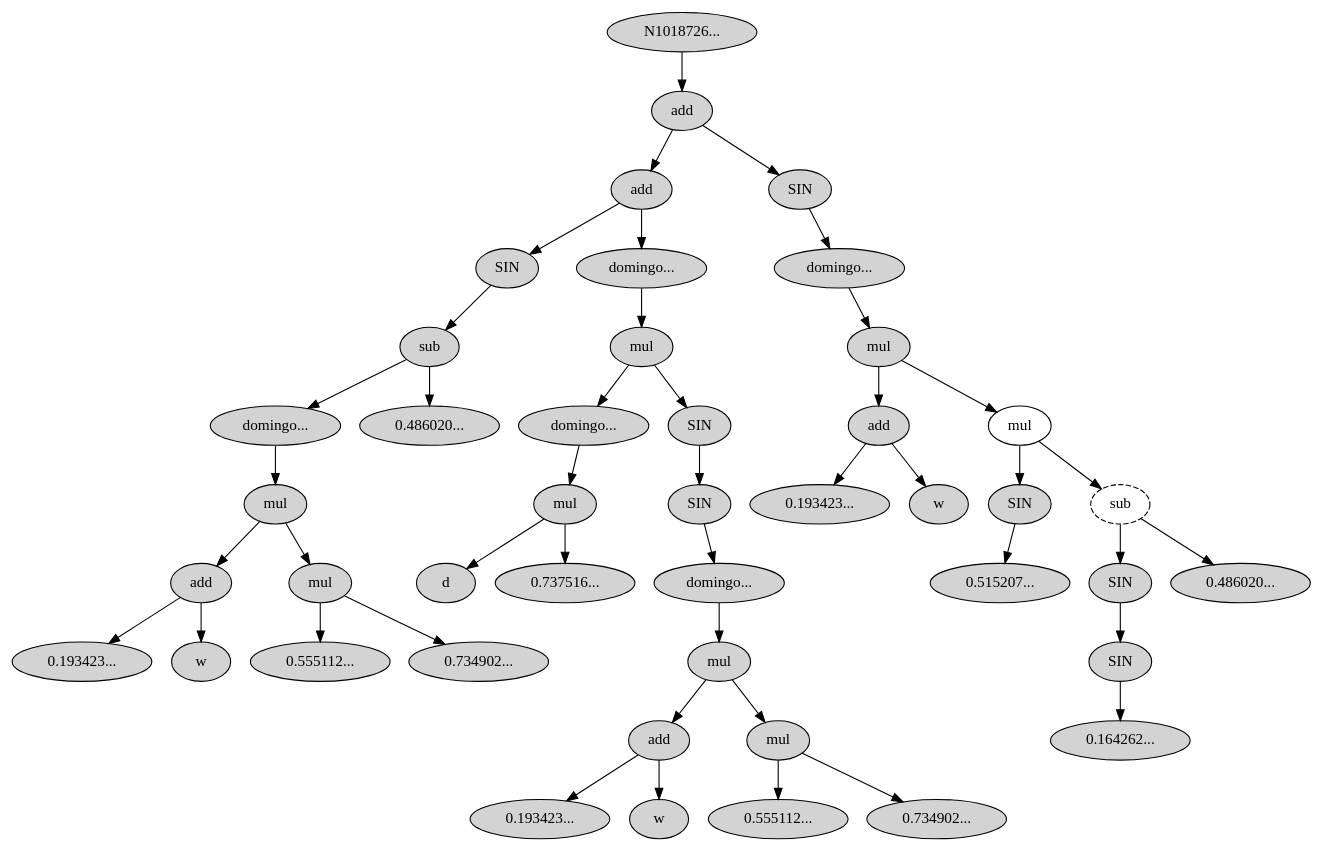
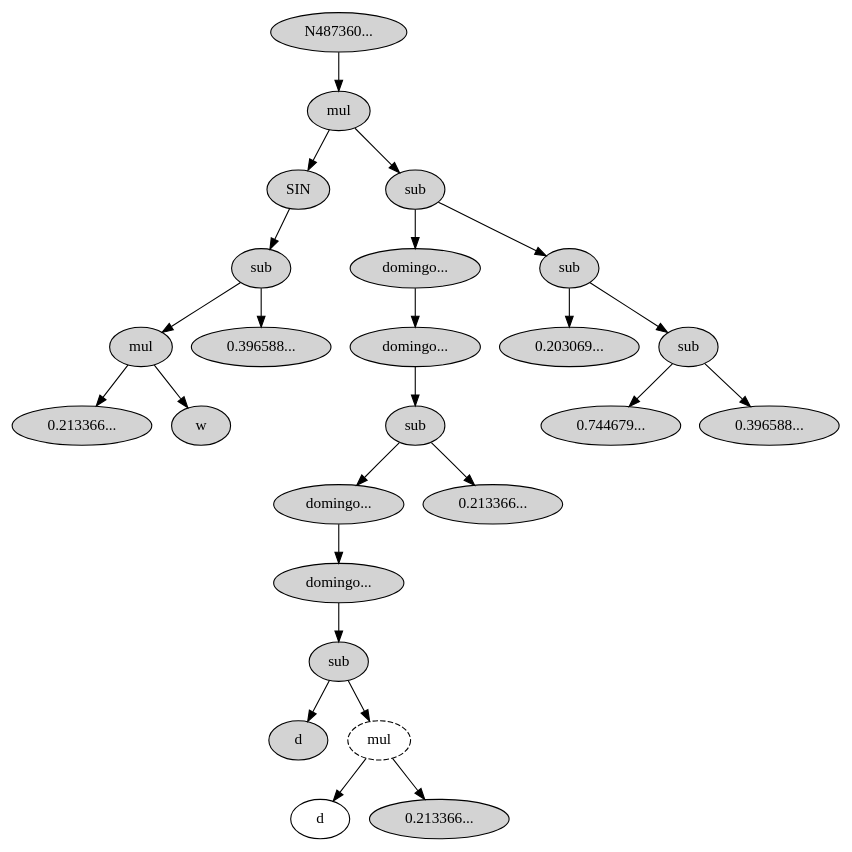
One commit to munifgebara/josilTs changed the diagram in report/serra_best.dot. Above: the diagram before and after it, drawn with Graphviz. The commit also changed 31 other files, not shown here.

```diff
--- a/report/serra_best.dot
+++ b/report/serra_best.dot
@@ -1,89 +1,51 @@
- digraph G1018726 {
-N1018726[ style="filled"  label="N1018726..."];
-N1018726 -> N1018727;
-N1018727[ style="filled"  label="add"];
-N1018727 -> N1018728;
-N1018728[ style="filled"  label="add"];
-N1018728 -> N1018729;
-N1018729[ style="filled"  label="SIN"];
-N1018729 -> N1018730;
-N1018730[ style="filled"  label="sub"];
-N1018730 -> N1018731;
-N1018731[ style="filled"  label="domingo..."];
-N1018731 -> N1018732;
-N1018732[ style="filled"  label="mul"];
-N1018732 -> N1018733;
-N1018733[ style="filled"  label="add"];
-N1018733 -> N1018734;
-N1018734[ style="filled"  label="0.193423..."];
-N1018733 -> N1018735;
-N1018735[ style="filled"  label="w"];
-N1018732 -> N1018736;
-N1018736[ style="filled"  label="mul"];
-N1018736 -> N1018737;
-N1018737[ style="filled"  label="0.555112..."];
-N1018736 -> N1018738;
-N1018738[ style="filled"  label="0.734902..."];
-N1018730 -> N1018739;
-N1018739[ style="filled"  label="0.486020..."];
-N1018728 -> N1018740;
-N1018740[ style="filled"  label="domingo..."];
-N1018740 -> N1018741;
-N1018741[ style="filled"  label="mul"];
-N1018741 -> N1018742;
-N1018742[ style="filled"  label="domingo..."];
-N1018742 -> N1018743;
-N1018743[ style="filled"  label="mul"];
-N1018743 -> N1018744;
-N1018744[ style="filled"  label="d"];
-N1018743 -> N1018745;
-N1018745[ style="filled"  label="0.737516..."];
-N1018741 -> N1018746;
-N1018746[ style="filled"  label="SIN"];
-N1018746 -> N1018747;
-N1018747[ style="filled"  label="SIN"];
-N1018747 -> N1018748;
-N1018748[ style="filled"  label="domingo..."];
-N1018748 -> N1018749;
-N1018749[ style="filled"  label="mul"];
-N1018749 -> N1018750;
-N1018750[ style="filled"  label="add"];
-N1018750 -> N1018751;
-N1018751[ style="filled"  label="0.193423..."];
-N1018750 -> N1018752;
-N1018752[ style="filled"  label="w"];
-N1018749 -> N1018753;
-N1018753[ style="filled"  label="mul"];
-N1018753 -> N1018754;
-N1018754[ style="filled"  label="0.555112..."];
-N1018753 -> N1018755;
-N1018755[ style="filled"  label="0.734902..."];
-N1018727 -> N1018756;
-N1018756[ style="filled"  label="SIN"];
-N1018756 -> N1018757;
-N1018757[ style="filled"  label="domingo..."];
-N1018757 -> N1018758;
-N1018758[ style="filled"  label="mul"];
-N1018758 -> N1018759;
-N1018759[ style="filled"  label="add"];
-N1018759 -> N1018760;
-N1018760[ style="filled"  label="0.193423..."];
-N1018759 -> N1018761;
-N1018761[ style="filled"  label="w"];
-N1018758 -> N1018762;
-N1018762[ style="solid"  label="mul"];
-N1018762 -> N1018763;
-N1018763[ style="filled"  label="SIN"];
-N1018763 -> N1018764;
-N1018764[ style="filled"  label="0.515207..."];
-N1018762 -> N1018770;
-N1018770[ style="dashed"  label="sub"];
-N1018770 -> N1018771;
-N1018771[ style="filled"  label="SIN"];
-N1018771 -> N1018772;
-N1018772[ style="filled"  label="SIN"];
-N1018772 -> N1018773;
-N1018773[ style="filled"  label="0.164262..."];
-N1018770 -> N1018774;
-N1018774[ style="filled"  label="0.486020..."];
+ digraph G487360 {
+N487360[ style="filled"  label="N487360..."];
+N487360 -> N487361;
+N487361[ style="filled"  label="mul"];
+N487361 -> N487362;
+N487362[ style="filled"  label="SIN"];
+N487362 -> N487363;
+N487363[ style="filled"  label="sub"];
+N487363 -> N487364;
+N487364[ style="filled"  label="mul"];
+N487364 -> N487365;
+N487365[ style="filled"  label="0.213366..."];
+N487364 -> N487366;
+N487366[ style="filled"  label="w"];
+N487363 -> N487367;
+N487367[ style="filled"  label="0.396588..."];
+N487361 -> N487368;
+N487368[ style="filled"  label="sub"];
+N487368 -> N487369;
+N487369[ style="filled"  label="domingo..."];
+N487369 -> N487370;
+N487370[ style="filled"  label="domingo..."];
+N487370 -> N487371;
+N487371[ style="filled"  label="sub"];
+N487371 -> N487372;
+N487372[ style="filled"  label="domingo..."];
+N487372 -> N487373;
+N487373[ style="filled"  label="domingo..."];
+N487373 -> N487374;
+N487374[ style="filled"  label="sub"];
+N487374 -> N487375;
+N487375[ style="filled"  label="d"];
+N487374 -> N487376;
+N487376[ style="dashed"  label="mul"];
+N487376 -> N487348;
+N487348[ style="solid"  label="d"];
+N487376 -> N487380;
+N487380[ style="filled"  label="0.213366..."];
+N487371 -> N487381;
+N487381[ style="filled"  label="0.213366..."];
+N487368 -> N487382;
+N487382[ style="filled"  label="sub"];
+N487382 -> N487383;
+N487383[ style="filled"  label="0.203069..."];
+N487382 -> N487384;
+N487384[ style="filled"  label="sub"];
+N487384 -> N487385;
+N487385[ style="filled"  label="0.744679..."];
+N487384 -> N487386;
+N487386[ style="filled"  label="0.396588..."];
 }
```
